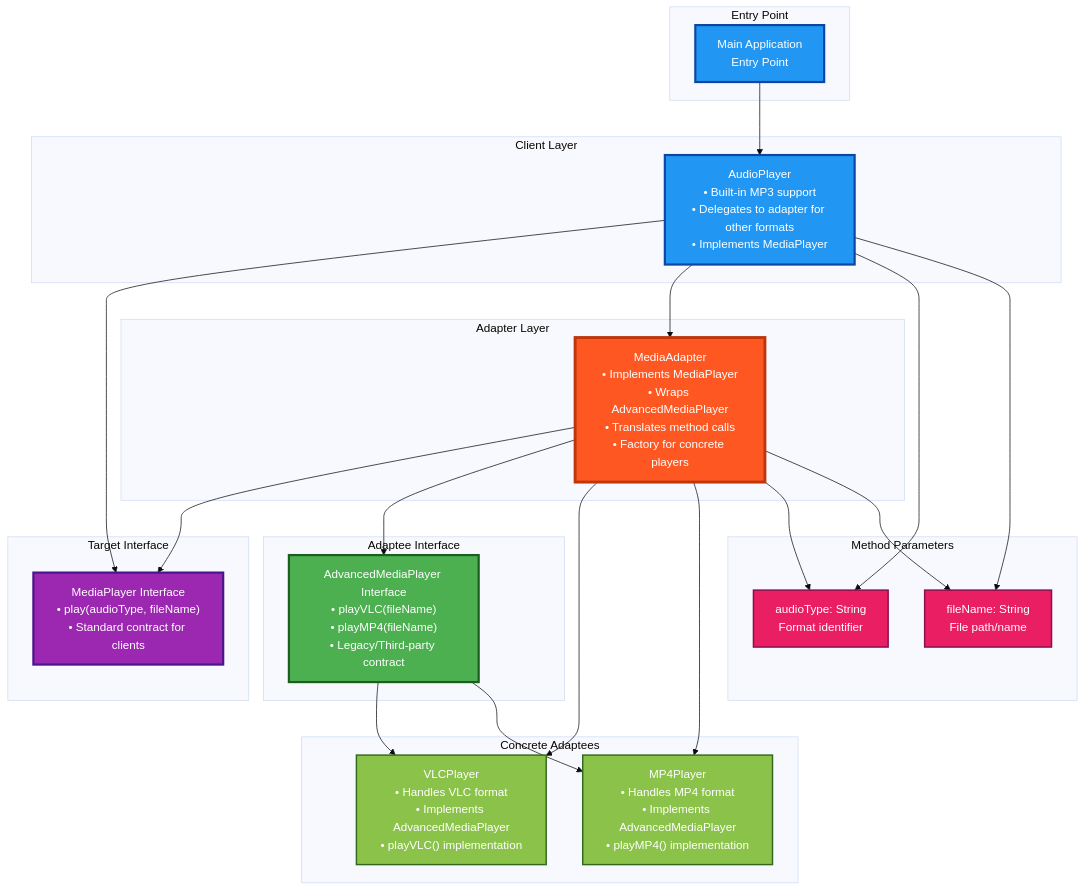
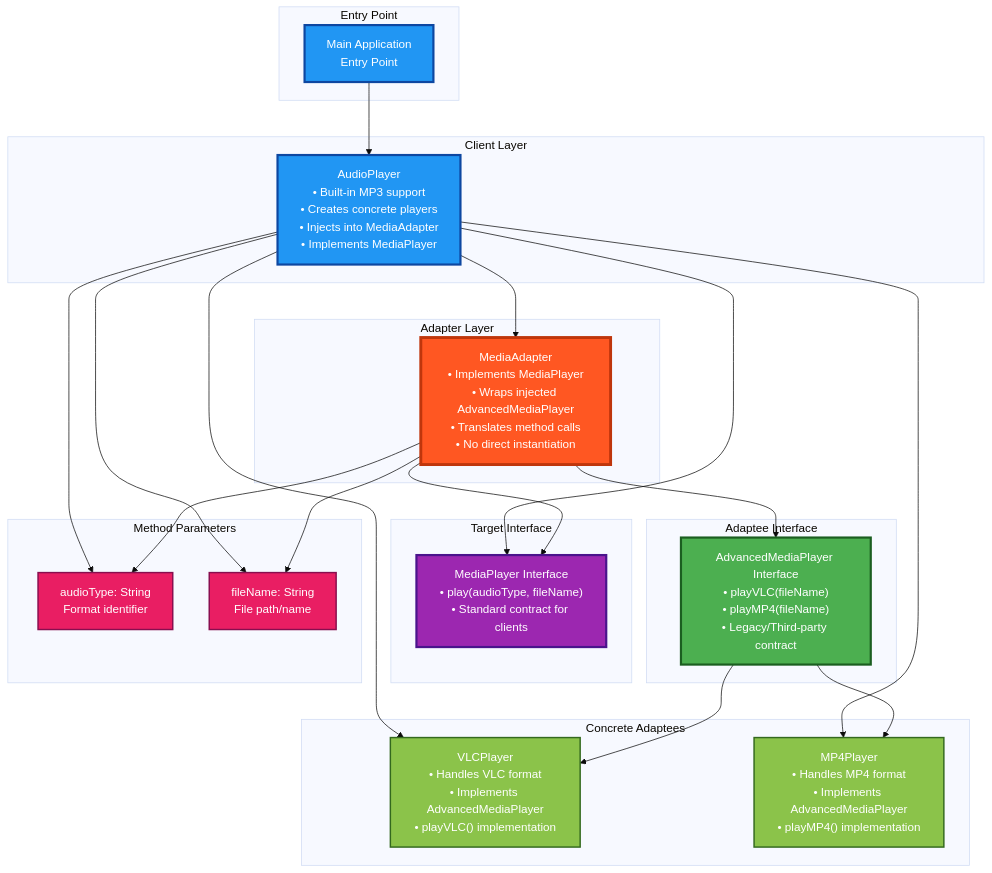
The diagram in src/adapter/adapter.mermaid (thenoblet/practice), drawn with Mermaid (base theme) before and after one commit. The commit also changed 2 other files, not shown here.

Commit message:
modified diagram to represent new code design changes => DI

```diff
--- a/src/adapter/adapter.mermaid
+++ b/src/adapter/adapter.mermaid
@@ -1,68 +1,68 @@
 graph TB
 %% Entry Point
     subgraph "Entry Point"
         Main["Main Application<br/>Entry Point"]
     end
 
 %% Client Layer
     subgraph "Client Layer"
-        AudioPlayer["AudioPlayer<br/>• Built-in MP3 support<br/>• Delegates to adapter for other formats<br/>• Implements MediaPlayer"]
+        AudioPlayer["AudioPlayer<br/>• Built-in MP3 support<br/>• Creates concrete players<br/>• Injects into MediaAdapter<br/>• Implements MediaPlayer"]
     end
 
 %% Target Interface Layer
     subgraph "Target Interface"
         MediaPlayer["MediaPlayer Interface<br/>• play(audioType, fileName)<br/>• Standard contract for clients"]
     end
 
 %% Adapter Layer - Key Pattern Component
     subgraph "Adapter Layer"
-        MediaAdapter["MediaAdapter<br/>• Implements MediaPlayer<br/>• Wraps AdvancedMediaPlayer<br/>• Translates method calls<br/>• Factory for concrete players"]
+        MediaAdapter["MediaAdapter<br/>• Implements MediaPlayer<br/>• Wraps injected AdvancedMediaPlayer<br/>• Translates method calls<br/>• No direct instantiation"]
     end
 
 %% Adaptee Interface Layer
     subgraph "Adaptee Interface"
         AdvancedMediaPlayer["AdvancedMediaPlayer Interface<br/>• playVLC(fileName)<br/>• playMP4(fileName)<br/>• Legacy/Third-party contract"]
     end
 
 %% Concrete Adaptee Layer
     subgraph "Concrete Adaptees"
         VLCPlayer["VLCPlayer<br/>• Handles VLC format<br/>• Implements AdvancedMediaPlayer<br/>• playVLC() implementation"]
         MP4Player["MP4Player<br/>• Handles MP4 format<br/>• Implements AdvancedMediaPlayer<br/>• playMP4() implementation"]
     end
 
 %% Data Transfer Objects
     subgraph "Method Parameters"
         AudioType["audioType: String<br/>Format identifier"]
         FileName["fileName: String<br/>File path/name"]
     end
 
 %% Relationships
     Main --> AudioPlayer
     AudioPlayer --> MediaPlayer
     AudioPlayer --> MediaAdapter
+    AudioPlayer --> VLCPlayer
+    AudioPlayer --> MP4Player
     MediaAdapter --> MediaPlayer
     MediaAdapter --> AdvancedMediaPlayer
-    MediaAdapter --> VLCPlayer
-    MediaAdapter --> MP4Player
     AdvancedMediaPlayer --> VLCPlayer
     AdvancedMediaPlayer --> MP4Player
 
     AudioPlayer --> AudioType
     AudioPlayer --> FileName
     MediaAdapter --> AudioType
     MediaAdapter --> FileName
 
 %% Styling
     classDef clientStyle fill:#2196f3,stroke:#0d47a1,stroke-width:3px,color:#fff
     classDef targetStyle fill:#9c27b0,stroke:#4a148c,stroke-width:3px,color:#fff
     classDef adapterStyle fill:#ff5722,stroke:#bf360c,stroke-width:4px,color:#fff
     classDef adapteeStyle fill:#4caf50,stroke:#1b5e20,stroke-width:3px,color:#fff
     classDef concreteStyle fill:#8bc34a,stroke:#33691e,stroke-width:2px,color:#fff
     classDef paramStyle fill:#e91e63,stroke:#880e4f,stroke-width:2px,color:#fff
 
     class Main,AudioPlayer clientStyle
     class MediaPlayer targetStyle
     class MediaAdapter adapterStyle
     class AdvancedMediaPlayer adapteeStyle
     class VLCPlayer,MP4Player concreteStyle
     class AudioType,FileName paramStyle
```
